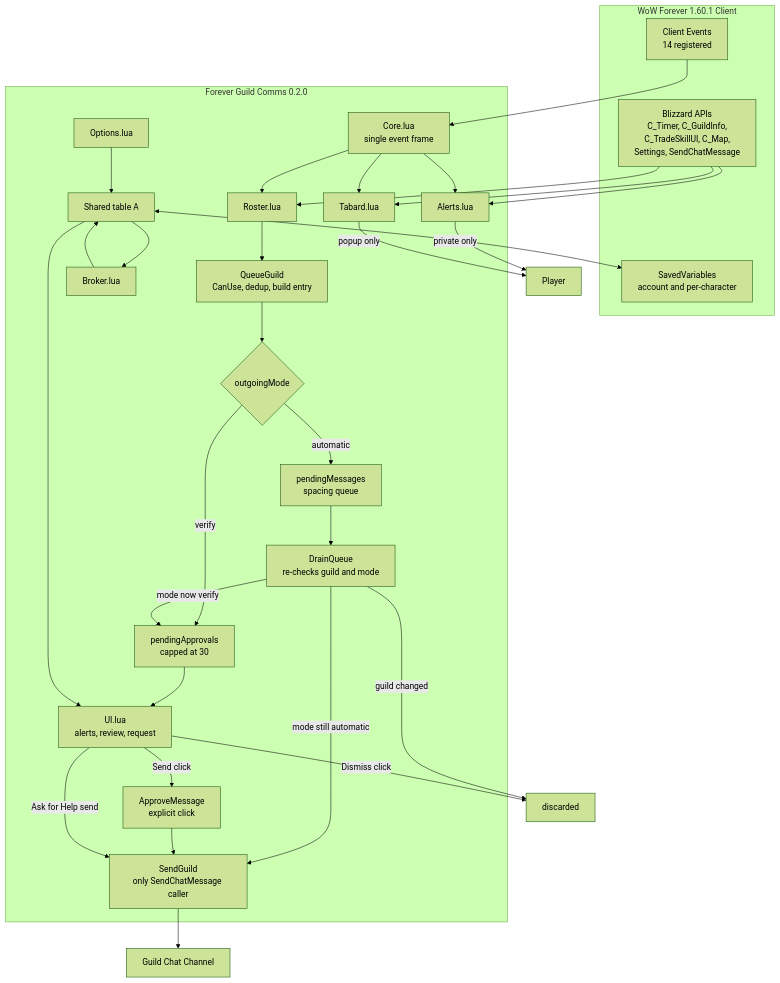
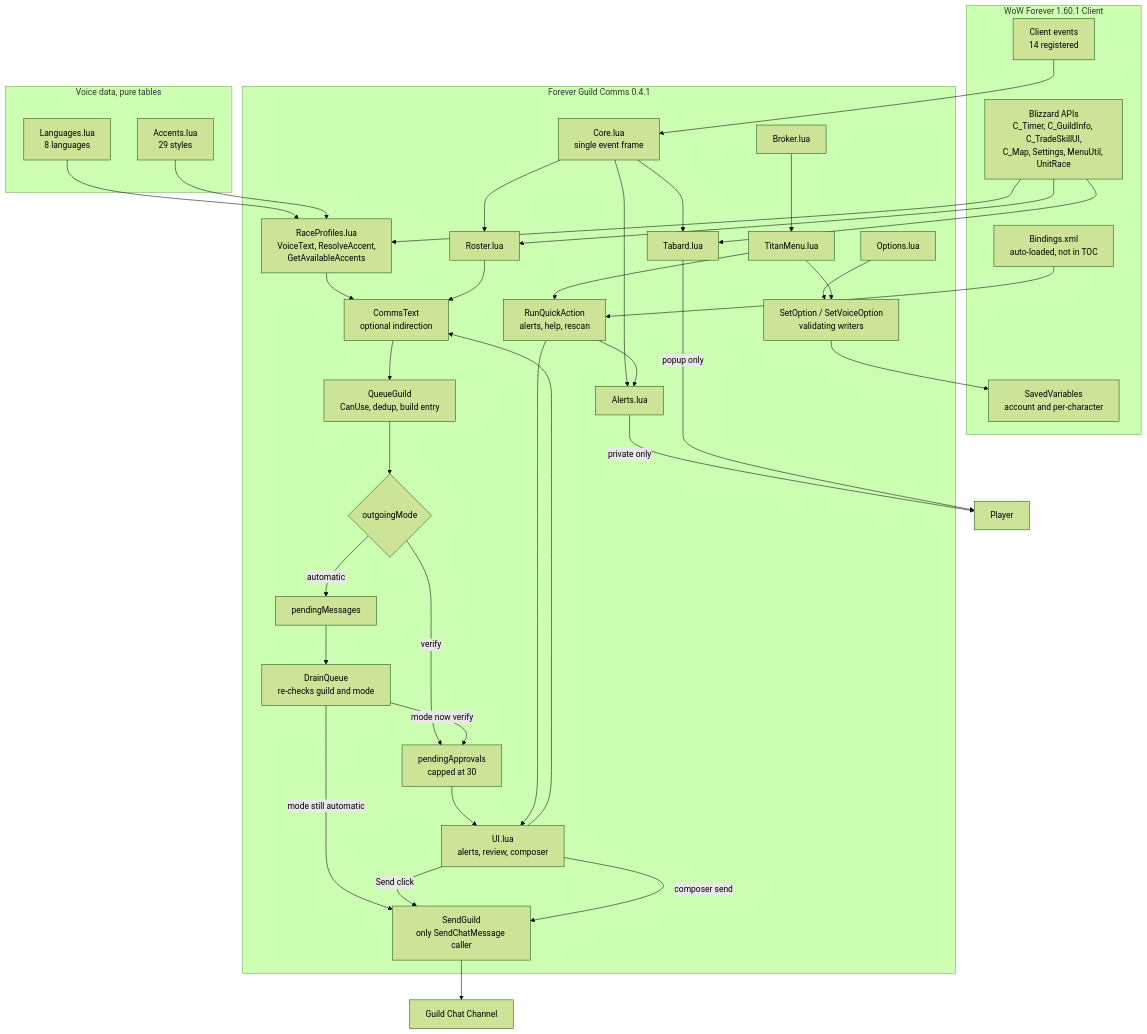
Before and after one commit to mreillyorg/ForeverGuildComms: the first of 5 diagrams in aidlc-docs/inception/reverse-engineering/architecture.md, drawn with Mermaid (forest theme). The commit also changed other lines of this file and 22 other files, not shown here.

First line of the commit message:
Add opt-in key bindings for quick actions (0.4.1-beta)

````diff
--- a/aidlc-docs/inception/reverse-engineering/architecture.md
+++ b/aidlc-docs/inception/reverse-engineering/architecture.md
@@ -78,60 +73,76 @@
 ```mermaid
 flowchart TD
     subgraph Client["WoW Forever 1.60.1 Client"]
-        Events["Client Events<br/>14 registered"]
-        API["Blizzard APIs<br/>C_Timer, C_GuildInfo,<br/>C_TradeSkillUI, C_Map,<br/>Settings, SendChatMessage"]
+        Events["Client events<br/>14 registered"]
+        API["Blizzard APIs<br/>C_Timer, C_GuildInfo, C_TradeSkillUI,<br/>C_Map, Settings, MenuUtil, UnitRace"]
         SV["SavedVariables<br/>account and per-character"]
+        Keys["Bindings.xml<br/>auto-loaded, not in TOC"]
     end
 
-    subgraph Addon["Forever Guild Comms 0.2.0"]
+    subgraph Data["Voice data, pure tables"]
+        Lang["Languages.lua<br/>8 languages"]
+        Acc["Accents.lua<br/>29 styles"]
+    end
+
+    subgraph Addon["Forever Guild Comms 0.4.1"]
         Dispatcher["Core.lua<br/>single event frame"]
+        Voice["RaceProfiles.lua<br/>VoiceText, ResolveAccent,<br/>GetAvailableAccents"]
+        Comms["CommsText<br/>optional indirection"]
         Gate["QueueGuild<br/>CanUse, dedup, build entry"]
         Mode{"outgoingMode"}
-        AutoQ["pendingMessages<br/>spacing queue"]
+        AutoQ["pendingMessages"]
         Drain["DrainQueue<br/>re-checks guild and mode"]
         Backlog["pendingApprovals<br/>capped at 30"]
-        Approve["ApproveMessage<br/>explicit click"]
         Send["SendGuild<br/>only SendChatMessage caller"]
+        Setters["SetOption / SetVoiceOption<br/>validating writers"]
+        Quick["RunQuickAction<br/>alerts, help, rescan"]
         Roster["Roster.lua"]
         Alerts["Alerts.lua"]
         Tabard["Tabard.lua"]
-        UI["UI.lua<br/>alerts, review, request"]
+        UI["UI.lua<br/>alerts, review, composer"]
         Options["Options.lua"]
+        Titan["TitanMenu.lua"]
         Broker["Broker.lua"]
-        State["Shared table A"]
     end
 
     GuildChat["Guild Chat Channel"]
     Player["Player"]
 
     Events --> Dispatcher
     Dispatcher --> Roster
     Dispatcher --> Alerts
     Dispatcher --> Tabard
 
-    Roster --> Gate
+    Lang --> Voice
+    Acc --> Voice
+    Voice --> Comms
+    Roster --> Comms
+    UI --> Comms
+    Comms --> Gate
+
     Gate --> Mode
     Mode -->|"automatic"| AutoQ
     Mode -->|"verify"| Backlog
     AutoQ --> Drain
     Drain -->|"mode still automatic"| Send
     Drain -->|"mode now verify"| Backlog
-    Drain -->|"guild changed"| Discard["discarded"]
     Backlog --> UI
-    UI -->|"Send click"| Approve
-    UI -->|"Dismiss click"| Discard
-    Approve --> Send
-    UI -->|"Ask for Help send"| Send
+    UI -->|"Send click"| Send
+    UI -->|"composer send"| Send
     Send --> GuildChat
 
+    Keys --> Quick
+    Titan --> Quick
+    Quick --> UI
+    Quick --> Alerts
+
+    Options --> Setters
+    Titan --> Setters
+    Setters --> SV
+    Broker --> Titan
     Alerts -->|"private only"| Player
     Tabard -->|"popup only"| Player
-    Options --> State
-    Broker --> State
-    State --> UI
-    State --> Broker
     API --> Roster
-    API --> Alerts
+    API --> Voice
     API --> Tabard
-    State <--> SV
 ```
````
